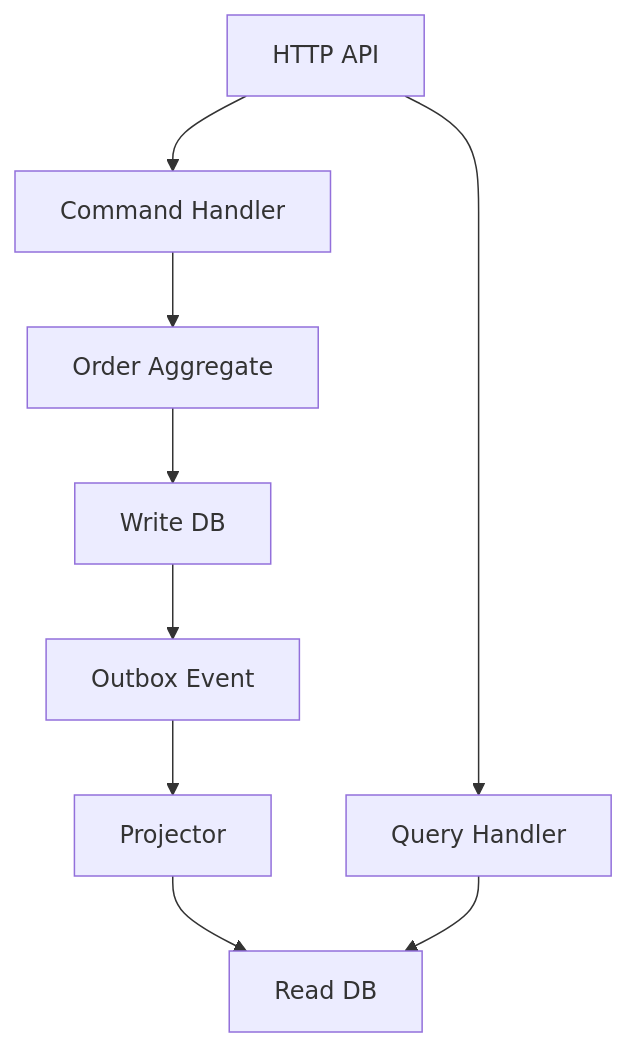
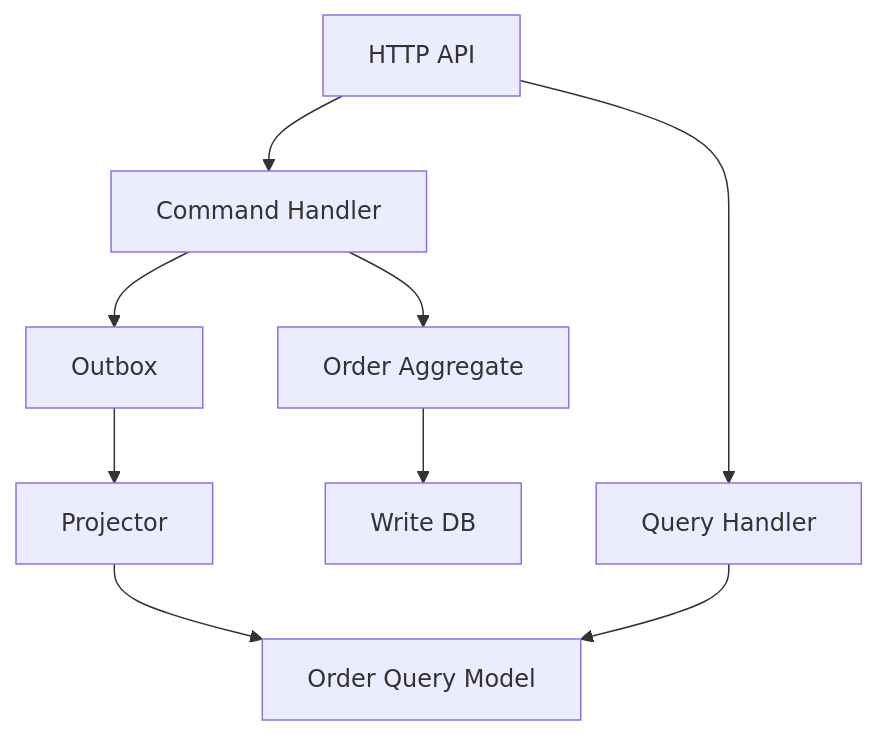
The diagram in content/System Design/13. Read Write 분리 CQRS/02. CQRS 기본과 적용 기준 상세.md (thisis-joe/thisis-joe.github.io), drawn with Mermaid before and after one commit. The commit also changed other lines of this file and 23 other files, not shown here.

````diff
--- a/content/System Design/13. Read Write 분리 CQRS/02. CQRS 기본과 적용 기준 상세.md
+++ b/content/System Design/13. Read Write 분리 CQRS/02. CQRS 기본과 적용 기준 상세.md
@@ -77,11 +88,11 @@
 ```mermaid
 flowchart TB
     API["HTTP API"] --> Command["Command Handler"]
     API --> Query["Query Handler"]
     Command --> Domain["Order Aggregate"]
     Domain --> WriteDB["Write DB"]
-    WriteDB --> Outbox["Outbox Event"]
+    Command --> Outbox["Outbox"]
     Outbox --> Projector["Projector"]
-    Projector --> ReadDB["Read DB"]
-    Query --> ReadDB
+    Projector --> ReadModel["Order Query Model"]
+    Query --> ReadModel
 ```
````
